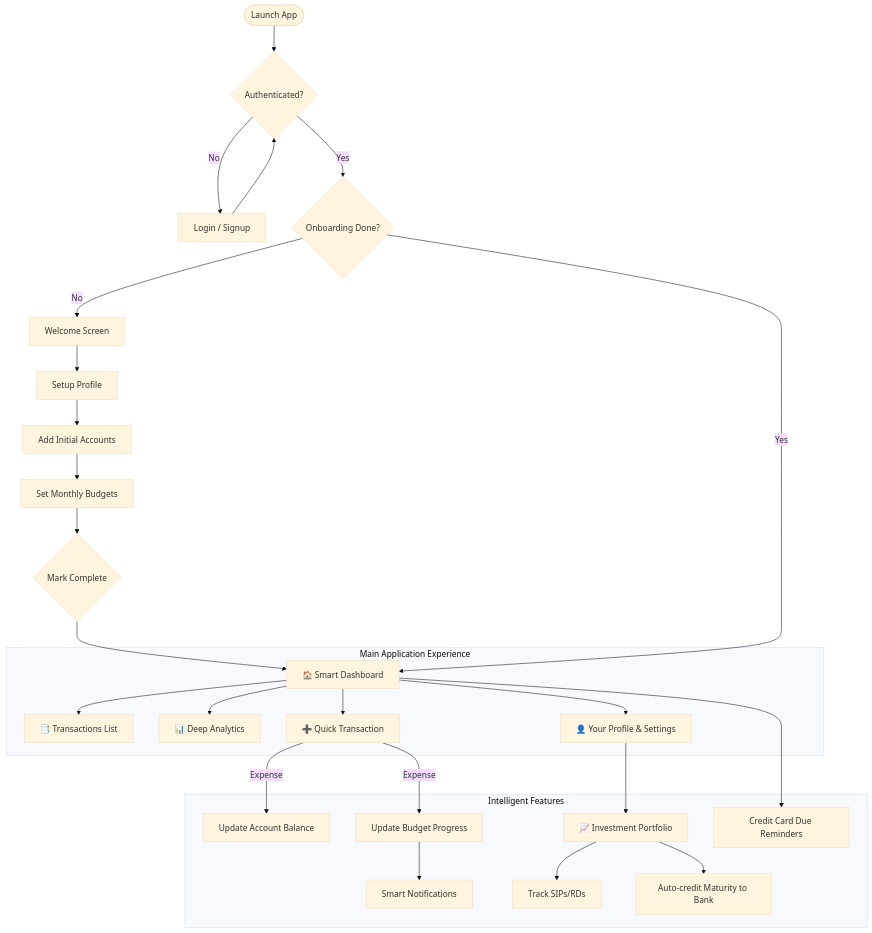
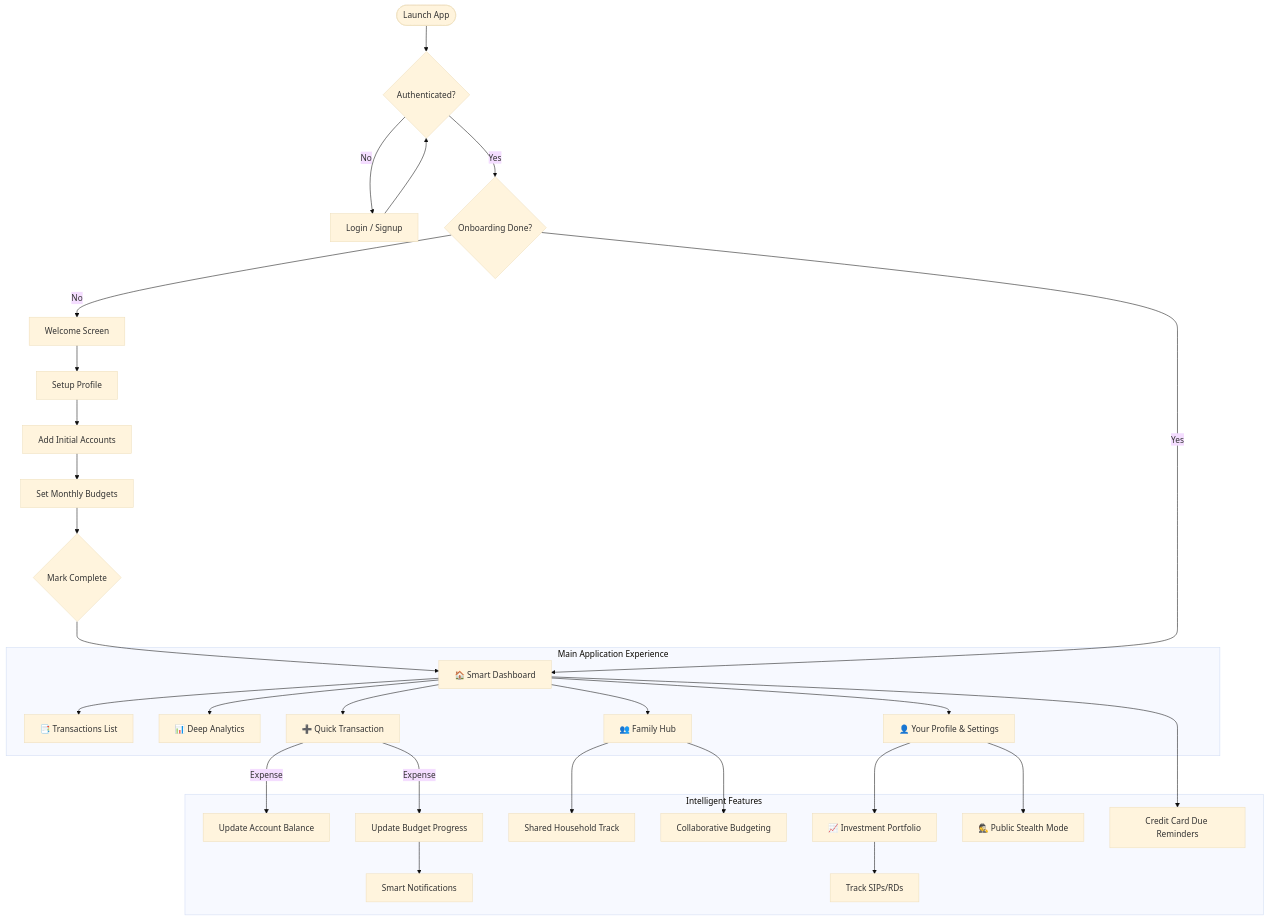
One commit to pavanvaranasi02/Expense-Manager changed the diagram in README.md. Above: the diagram before and after it, drawn with Mermaid (base theme). The commit also changed other lines of this file and 83 other files, not shown here.

````diff
--- a/README.md
+++ b/README.md
@@ -11,35 +11,40 @@
 ```mermaid
 graph TD
     Start([Launch App]) --> AuthCheck{Authenticated?}
     AuthCheck -- No --> WelcomeAuth[Login / Signup]
     WelcomeAuth --> AuthCheck
     
     AuthCheck -- Yes --> OnboardCheck{Onboarding Done?}
     OnboardCheck -- No --> WelcomeStep[Welcome Screen]
     WelcomeStep --> ProfileSetup[Setup Profile]
     ProfileSetup --> AccountSetup[Add Initial Accounts]
     AccountSetup --> BudgetSetup[Set Monthly Budgets]
     BudgetSetup --> Complete{Mark Complete}
     Complete --> Dashboard
     
     OnboardCheck -- Yes --> Dashboard[🏠 Smart Dashboard]
     
     subgraph MainApp [Main Application Experience]
         Dashboard --> Transactions[📑 Transactions List]
         Dashboard --> Analytics[📊 Deep Analytics]
+        Dashboard --> Family[👥 Family Hub]
         Dashboard --> Profile[👤 Your Profile & Settings]
         Dashboard --> QuickAdd[➕ Quick Transaction]
     end
 
     subgraph BusinessLogic [Intelligent Features]
         QuickAdd -- Expense --> UpdAcc[Update Account Balance]
         QuickAdd -- Expense --> UpdBdg[Update Budget Progress]
         UpdBdg --> Alerts[Smart Notifications]
         
+        Family --> SharedSpend[Shared Household Track]
+        Family --> FamilyBudgets[Collaborative Budgeting]
+        
         Profile --> Portfolio[📈 Investment Portfolio]
+        Profile --> StealthMode[🕵️ Public Stealth Mode]
+        
         Portfolio --> SIP_RD[Track SIPs/RDs]
-        Portfolio --> Maturity[Auto-credit Maturity to Bank]
         
         Dashboard --> CCAlerts[Credit Card Due Reminders]
     end
 ```
````
